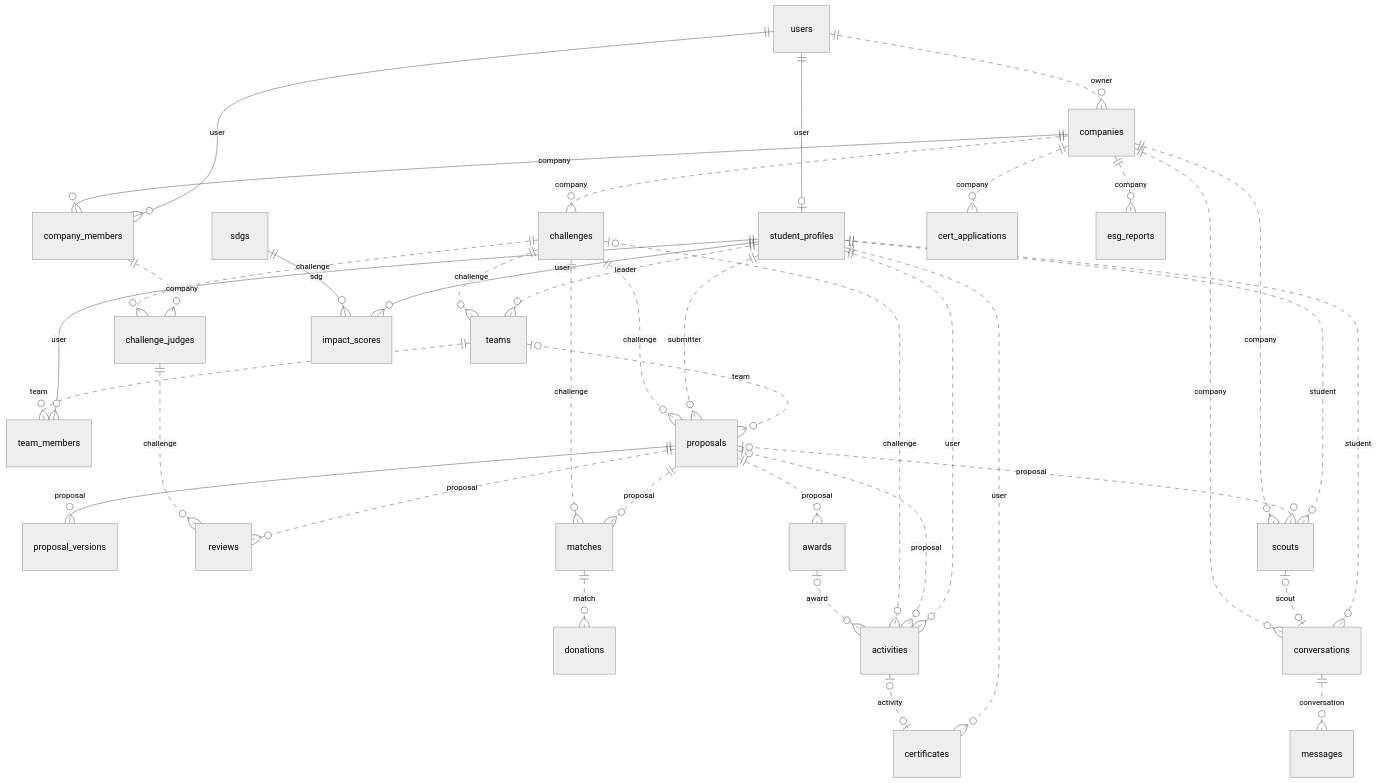
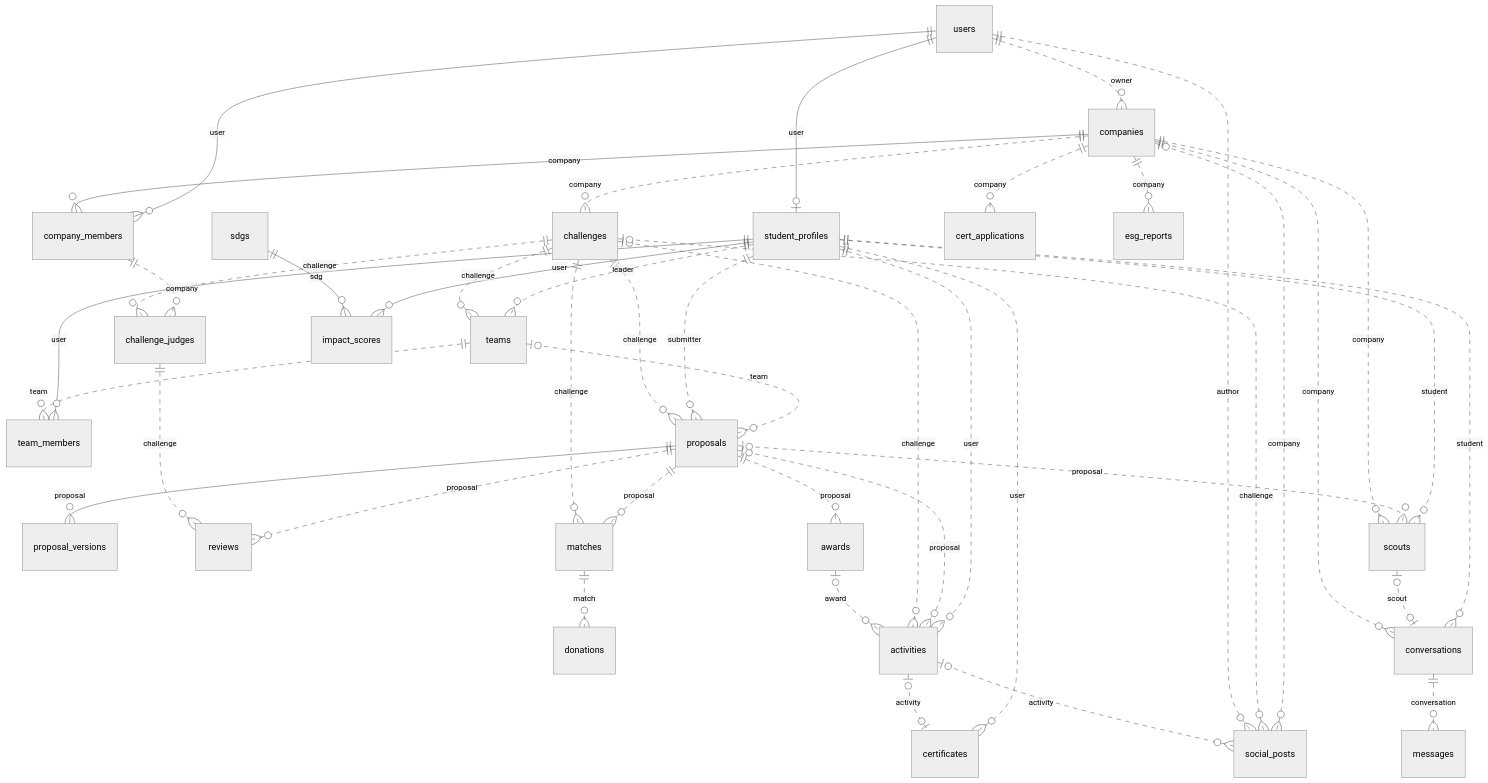
One commit to atome9797/sdgs-compass changed the diagram in docs/erd/00-overview.mmd. Above: the diagram before and after it, drawn with Mermaid (neutral theme). The commit also changed 13 other files, not shown here.

First line of the commit message:
feat(db): SNS 피드 스키마·시험·앱↔DB 대조·ERD (F-503·F-504)

```diff
--- a/docs/erd/00-overview.mmd
+++ b/docs/erd/00-overview.mmd
@@ -1,39 +1,43 @@
 erDiagram
   users ||--o| student_profiles : "user"
   users ||..o{ companies : "owner"
   companies ||--o{ company_members : "company"
   users ||--o{ company_members : "user"
   companies ||..o{ challenges : "company"
   challenges ||..o{ challenge_judges : "challenge"
   company_members ||..o{ challenge_judges : "company"
   challenges ||..o{ teams : "challenge"
   student_profiles ||..o{ teams : "leader"
   teams ||..o{ team_members : "team"
   student_profiles ||--o{ team_members : "user"
   challenges ||..o{ proposals : "challenge"
   student_profiles ||..o{ proposals : "submitter"
   teams |o..o{ proposals : "team"
   proposals ||--o{ proposal_versions : "proposal"
   challenge_judges ||..o{ reviews : "challenge"
   proposals ||..o{ reviews : "proposal"
   proposals ||..o{ awards : "proposal"
   challenges ||..o{ matches : "challenge"
   proposals ||..o{ matches : "proposal"
   matches ||..o{ donations : "match"
   awards |o..o{ activities : "award"
   challenges |o..o{ activities : "challenge"
   proposals |o..o{ activities : "proposal"
   student_profiles ||..o{ activities : "user"
   sdgs ||--o{ impact_scores : "sdg"
   student_profiles ||--o{ impact_scores : "user"
   activities |o..o| certificates : "activity"
   student_profiles ||..o{ certificates : "user"
   companies ||..o{ scouts : "company"
   proposals |o..o{ scouts : "proposal"
   student_profiles ||..o{ scouts : "student"
   companies ||..o{ conversations : "company"
   scouts |o..o| conversations : "scout"
   student_profiles ||..o{ conversations : "student"
   conversations ||..o{ messages : "conversation"
   companies ||..o{ cert_applications : "company"
   companies ||..o{ esg_reports : "company"
+  activities |o..o{ social_posts : "activity"
+  users ||..o{ social_posts : "author"
+  challenges |o..o{ social_posts : "challenge"
+  companies |o..o{ social_posts : "company"
```
